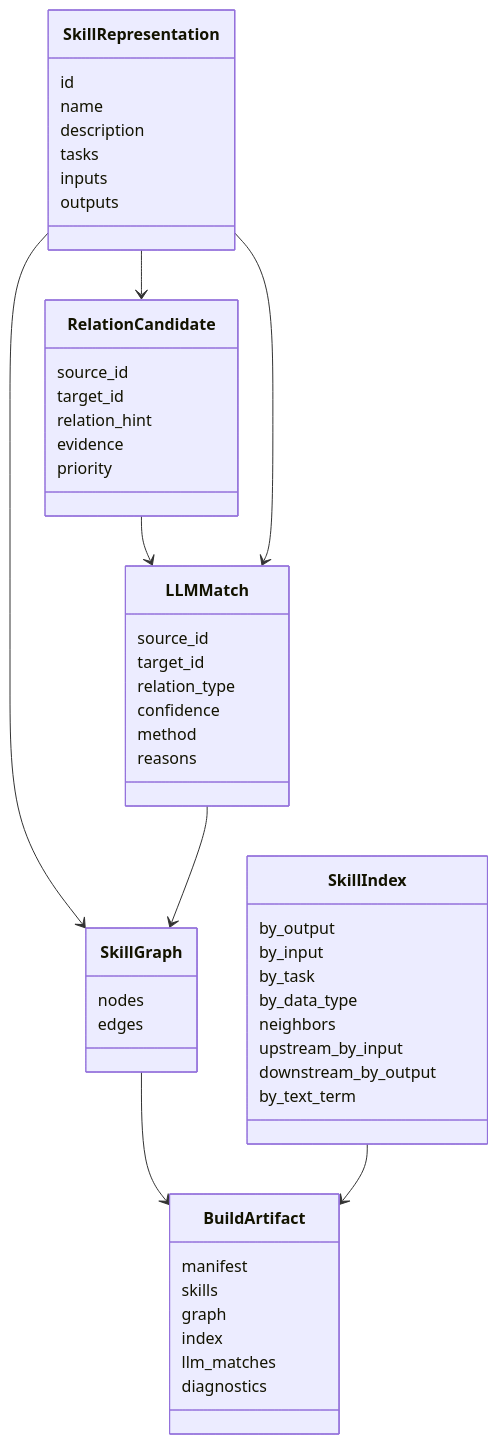
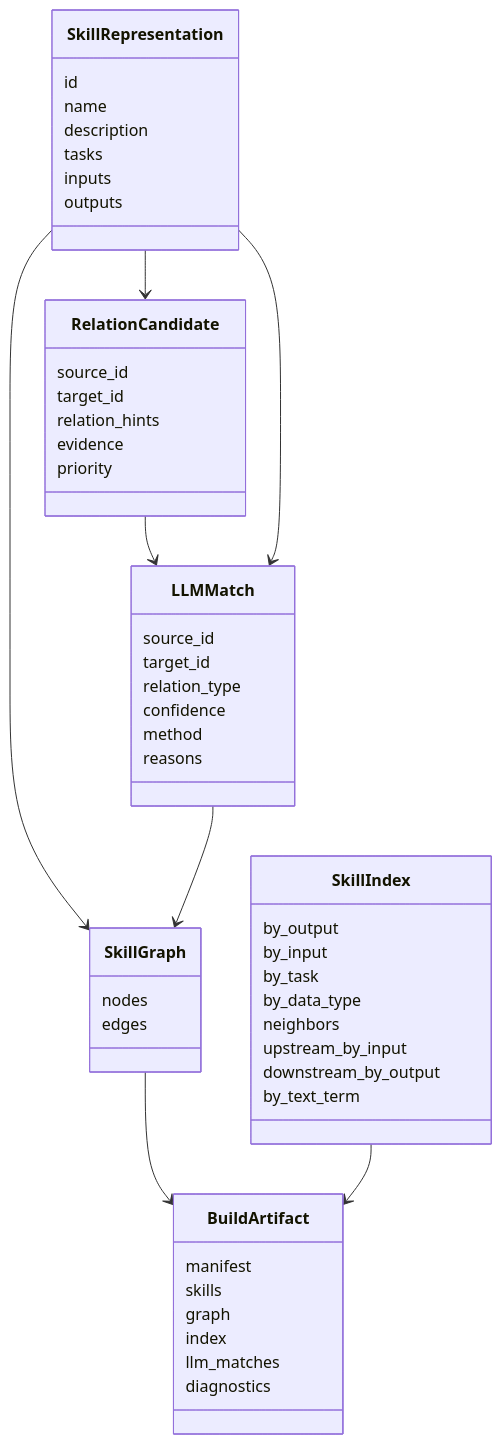
One commit to xiao-yu-lin/SkillMash changed the first of 2 diagrams in docs/modules/offline-graph-construction.md. Above: the diagram before and after it, drawn with Mermaid. The commit also changed other lines of this file and 8 other files, not shown here.

Commit message:
Refine skill graph consensus and confidence filtering

````diff
--- a/docs/modules/offline-graph-construction.md
+++ b/docs/modules/offline-graph-construction.md
@@ -81,61 +81,61 @@
 ```mermaid
 classDiagram
   class SkillRepresentation {
     id
     name
     description
     tasks
     inputs
     outputs
   }
 
   class LLMMatch {
     source_id
     target_id
     relation_type
     confidence
     method
     reasons
   }
 
   class RelationCandidate {
     source_id
     target_id
-    relation_hint
+    relation_hints
     evidence
     priority
   }
 
   class SkillGraph {
     nodes
     edges
   }
 
   class SkillIndex {
     by_output
     by_input
     by_task
     by_data_type
     neighbors
     upstream_by_input
     downstream_by_output
     by_text_term
   }
 
   class BuildArtifact {
     manifest
     skills
     graph
     index
     llm_matches
     diagnostics
   }
 
   SkillRepresentation --> SkillGraph
   SkillRepresentation --> RelationCandidate
   RelationCandidate --> LLMMatch
   SkillRepresentation --> LLMMatch
   LLMMatch --> SkillGraph
   SkillGraph --> BuildArtifact
   SkillIndex --> BuildArtifact
 ```
````
